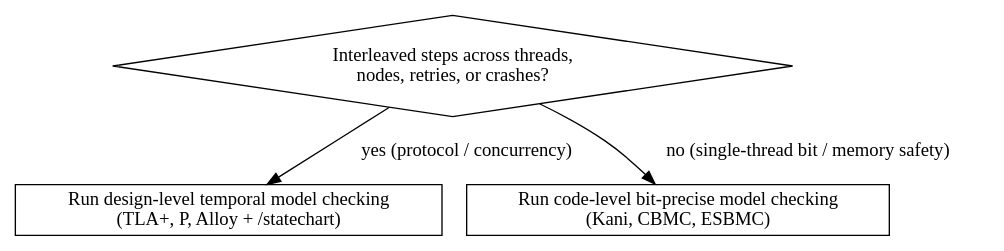
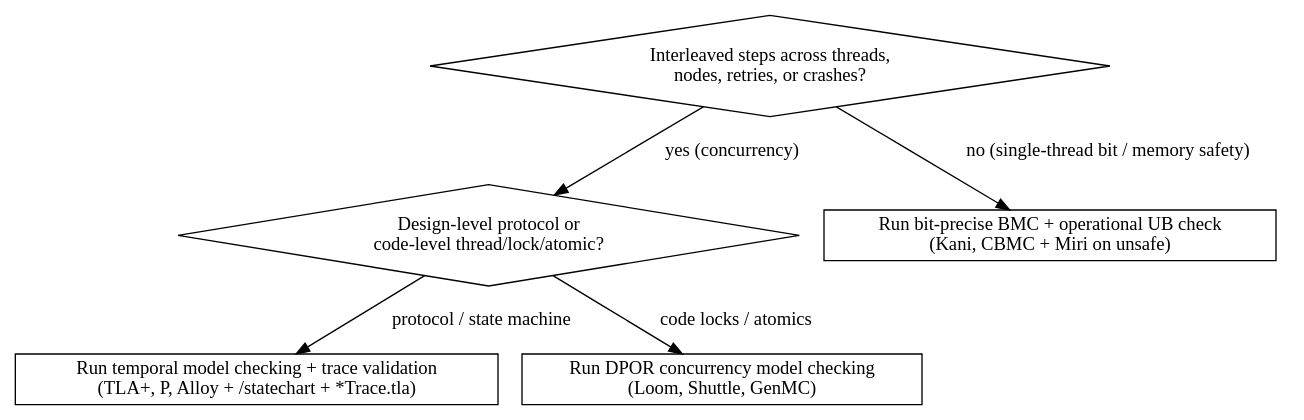
The diagram in skills/model-checking-protocols-and-code/SKILL.md (PhillipChaffee/.agents), drawn with Graphviz before and after one commit. The commit also changed other lines of this file and 4 other files, not shown here.

````diff
--- a/skills/model-checking-protocols-and-code/SKILL.md
+++ b/skills/model-checking-protocols-and-code/SKILL.md
@@ -23,10 +24,14 @@
 ```dot
 digraph mc_choice {
     "Interleaved steps across threads,\nnodes, retries, or crashes?" [shape=diamond];
-    "Run design-level temporal model checking\n(TLA+, P, Alloy + /statechart)" [shape=box];
-    "Run code-level bit-precise model checking\n(Kani, CBMC, ESBMC)" [shape=box];
+    "Design-level protocol or\ncode-level thread/lock/atomic?" [shape=diamond];
+    "Run temporal model checking + trace validation\n(TLA+, P, Alloy + /statechart + *Trace.tla)" [shape=box];
+    "Run DPOR concurrency model checking\n(Loom, Shuttle, GenMC)" [shape=box];
+    "Run bit-precise BMC + operational UB check\n(Kani, CBMC + Miri on unsafe)" [shape=box];
 
-    "Interleaved steps across threads,\nnodes, retries, or crashes?" -> "Run design-level temporal model checking\n(TLA+, P, Alloy + /statechart)" [label="yes (protocol / concurrency)"];
-    "Interleaved steps across threads,\nnodes, retries, or crashes?" -> "Run code-level bit-precise model checking\n(Kani, CBMC, ESBMC)" [label="no (single-thread bit / memory safety)"];
+    "Interleaved steps across threads,\nnodes, retries, or crashes?" -> "Design-level protocol or\ncode-level thread/lock/atomic?" [label="yes (concurrency)"];
+    "Interleaved steps across threads,\nnodes, retries, or crashes?" -> "Run bit-precise BMC + operational UB check\n(Kani, CBMC + Miri on unsafe)" [label="no (single-thread bit / memory safety)"];
+    "Design-level protocol or\ncode-level thread/lock/atomic?" -> "Run temporal model checking + trace validation\n(TLA+, P, Alloy + /statechart + *Trace.tla)" [label="protocol / state machine"];
+    "Design-level protocol or\ncode-level thread/lock/atomic?" -> "Run DPOR concurrency model checking\n(Loom, Shuttle, GenMC)" [label="code locks / atomics"];
 }
 ```
````
